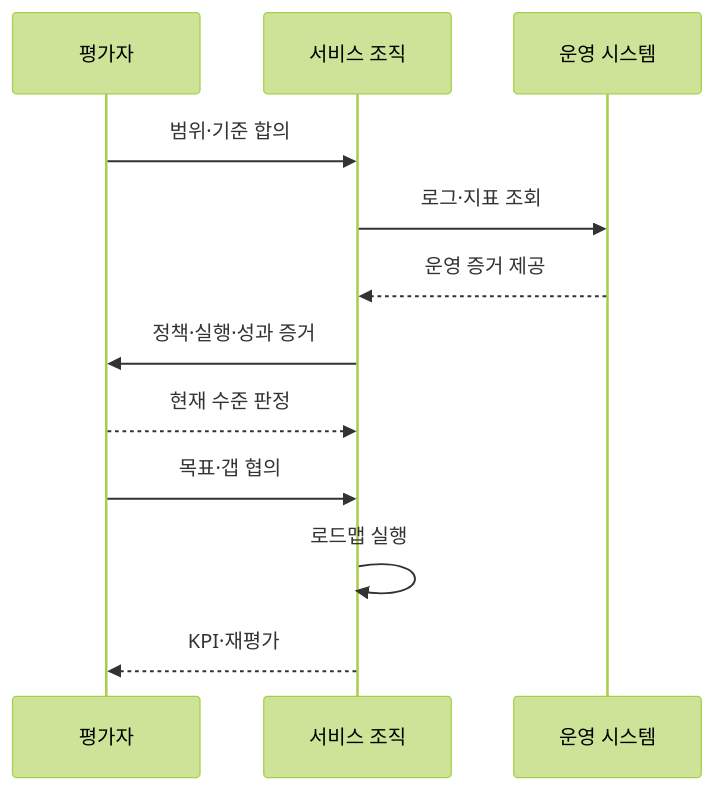
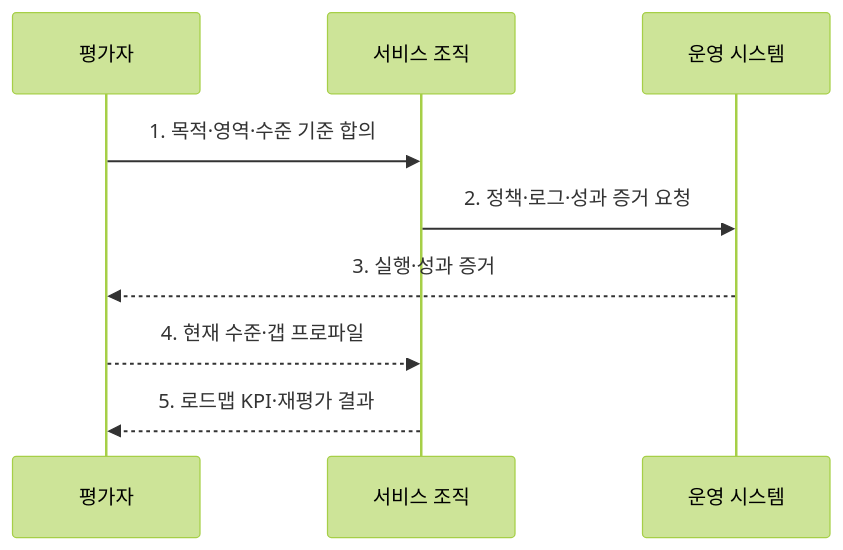
One commit to agnusdei1207/knowledge-base changed the second of 2 diagrams in src/content/docs/notes/06-evaluation/051_digital_service_maturity_evaluation.md. Above: the diagram before and after it, drawn with Mermaid (forest theme). The commit also changed other lines of this file and 1 other file, not shown here.

````diff
--- a/src/content/docs/notes/06-evaluation/051_digital_service_maturity_evaluation.md
+++ b/src/content/docs/notes/06-evaluation/051_digital_service_maturity_evaluation.md
@@ -80,14 +80,11 @@
 ```mermaid
 sequenceDiagram
     participant E as 평가자
     participant O as 서비스 조직
     participant S as 운영 시스템
-    E->>O: 범위·기준 합의
-    O->>S: 로그·지표 조회
-    S-->>O: 운영 증거 제공
-    O->>E: 정책·실행·성과 증거
-    E-->>O: 현재 수준 판정
-    E->>O: 목표·갭 협의
-    O->>O: 로드맵 실행
-    O-->>E: KPI·재평가
+    E->>O: 1. 목적·영역·수준 기준 합의
+    O->>S: 2. 정책·로그·성과 증거 요청
+    S-->>E: 3. 실행·성과 증거
+    E-->>O: 4. 현재 수준·갭 프로파일
+    O-->>E: 5. 로드맵 KPI·재평가 결과
 ```
````
